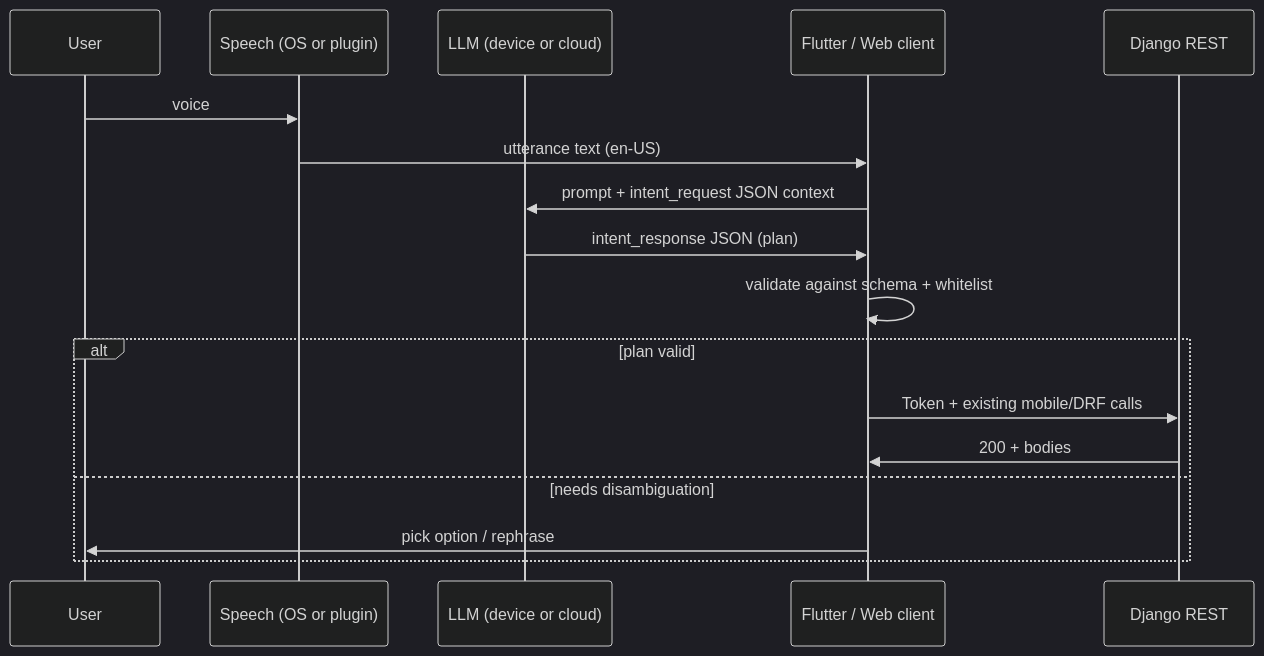
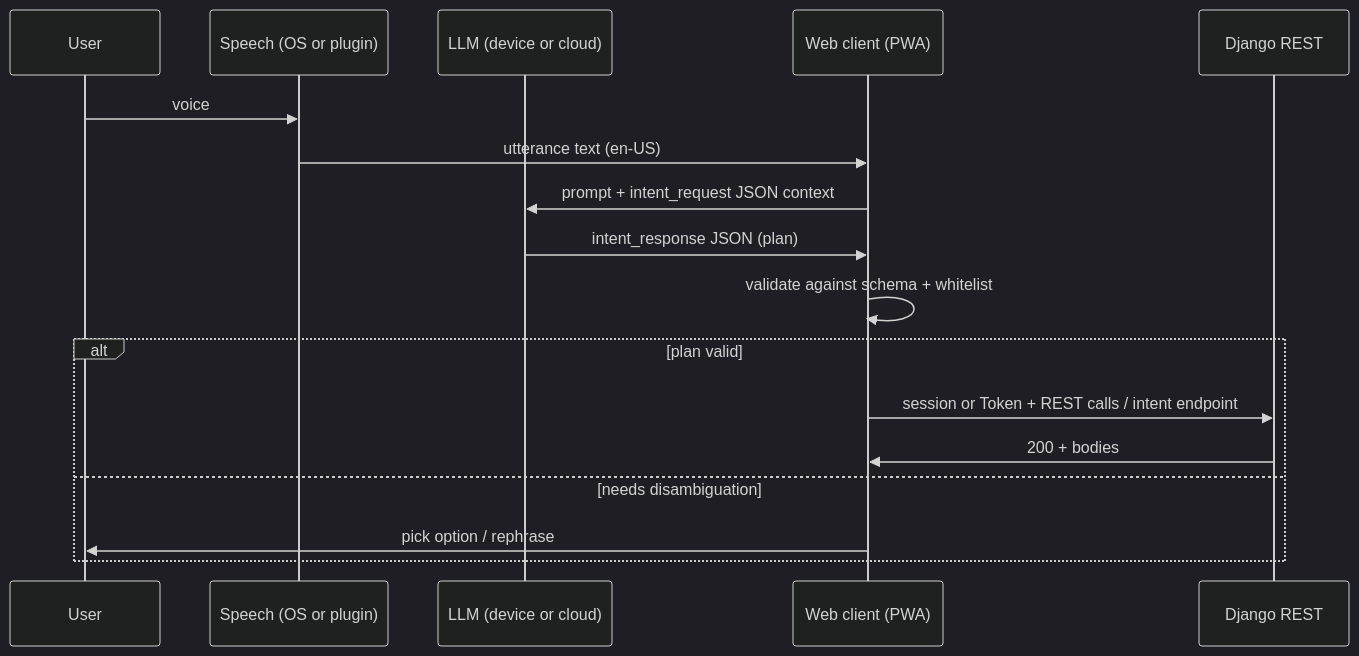
The diagram in docs/agent_intent/README.md (Thireb/monAI), drawn with Mermaid (dark theme) before and after one commit. The commit also changed other lines of this file and 90 other files, not shown here.

First line of the commit message:
Retire the Flutter app and the /api/mobile sync API

````diff
--- a/docs/agent_intent/README.md
+++ b/docs/agent_intent/README.md
@@ -28,20 +28,20 @@
 ```mermaid
 sequenceDiagram
   participant U as User
   participant STT as Speech (OS or plugin)
   participant LLM as LLM (device or cloud)
-  participant App as Flutter / Web client
+  participant App as Web client (PWA)
   participant API as Django REST
 
   U->>STT: voice
   STT->>App: utterance text (en-US)
   App->>LLM: prompt + intent_request JSON context
   LLM->>App: intent_response JSON (plan)
   App->>App: validate against schema + whitelist
   alt plan valid
-    App->>API: Token + existing mobile/DRF calls
+    App->>API: session or Token + REST calls / intent endpoint
     API->>App: 200 + bodies
   else needs disambiguation
     App->>U: pick option / rephrase
   end
 ```
````
